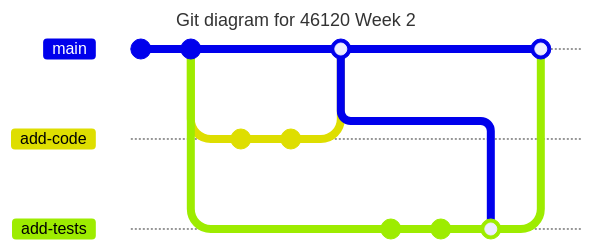
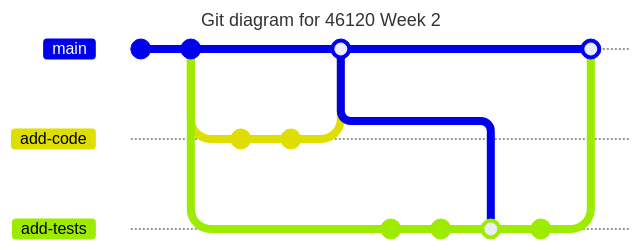
Before and after one commit to DTUWind-46120-2026/46120-PiWE: the first of 2 diagrams in week02_functions_tests/README.md, drawn with Mermaid. The commit also changed other lines of this file, not shown here. Commit ids are hidden.

Commit message:
adding 3rd commit

````diff
--- a/week02_functions_tests/README.md
+++ b/week02_functions_tests/README.md
@@ -26,21 +26,22 @@
 ```mermaid
 ---
 title: Git diagram for 46120 Week 2
 ---
 gitGraph
    commit
    commit
    branch add-code
    branch add-tests
    checkout add-code
    commit
    commit
    checkout main
    merge add-code
    checkout add-tests
    commit
    commit
    merge main
+   commit
    checkout main
    merge add-tests
 ```
````
